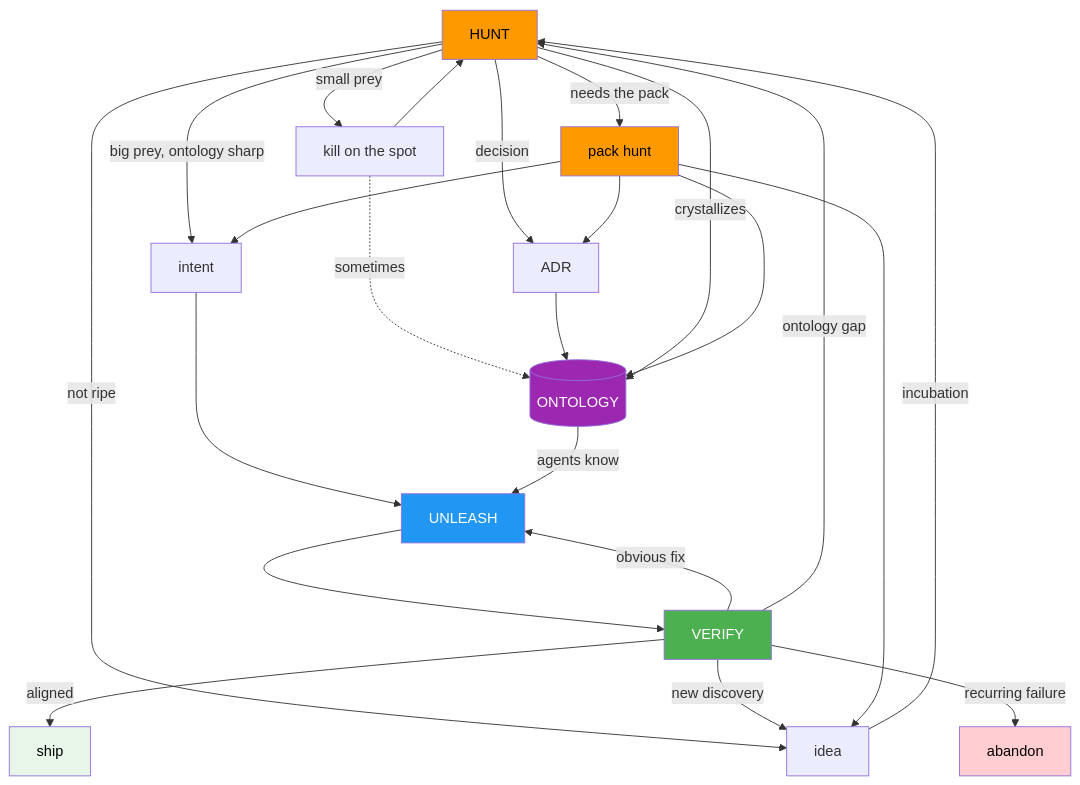
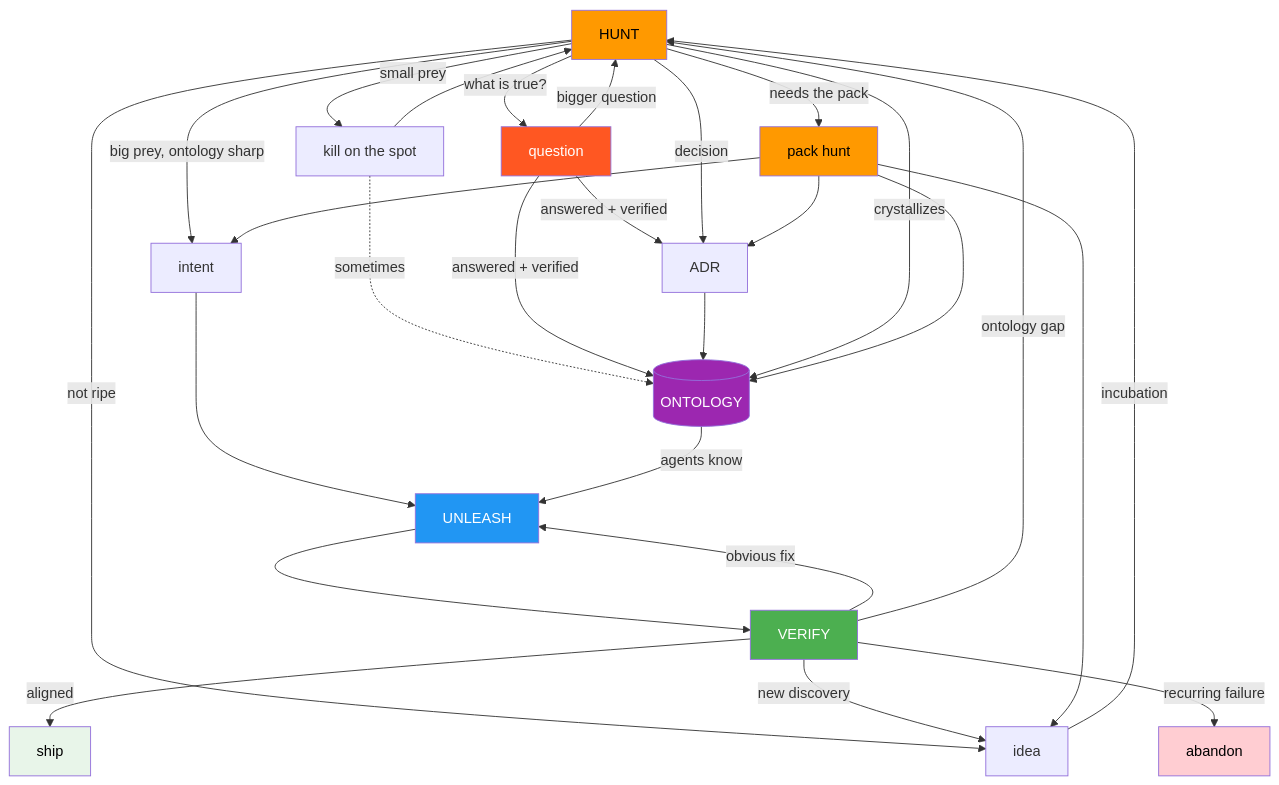
One commit to living-governance/governed changed the diagram in METHODOLOGY.md. Above: the diagram before and after it, drawn with Mermaid. The commit also changed other lines of this file and 6 other files, not shown here.

````diff
--- a/METHODOLOGY.md
+++ b/METHODOLOGY.md
@@ -164,41 +165,47 @@
 ```mermaid
 flowchart TD
     HUNT[HUNT]
 
     HUNT -->|small prey| KILL[kill on the spot]
     KILL --> HUNT
     KILL -.->|sometimes| ONTOLOGY[(ONTOLOGY)]
 
     HUNT -->|not ripe| IDEA[idea]
     IDEA -->|incubation| HUNT
+
+    HUNT -->|what is true?| QUESTION[question]
+    QUESTION -->|answered + verified| ONTOLOGY
+    QUESTION -->|answered + verified| ADR
+    QUESTION -->|bigger question| HUNT
 
     HUNT -->|decision| ADR[ADR]
     ADR --> ONTOLOGY
 
     HUNT -->|crystallizes| ONTOLOGY
 
     HUNT -->|big prey, ontology sharp| INTENT[intent]
     INTENT --> UNLEASH[UNLEASH]
     ONTOLOGY -->|agents know| UNLEASH
     UNLEASH --> VERIFY[VERIFY]
 
     VERIFY -->|aligned| SHIP[ship]
     VERIFY -->|obvious fix| UNLEASH
     VERIFY -->|ontology gap| HUNT
     VERIFY -->|new discovery| IDEA
     VERIFY -->|recurring failure| ABANDON[abandon]
 
     HUNT -->|needs the pack| PACK[pack hunt]
     PACK --> ONTOLOGY
     PACK --> ADR
     PACK --> IDEA
     PACK --> INTENT
 
     style HUNT fill:#ff9900,color:#000
     style PACK fill:#ff9900,color:#000
     style UNLEASH fill:#2196F3,color:#fff
     style VERIFY fill:#4CAF50,color:#fff
     style ONTOLOGY fill:#9C27B0,color:#fff
+    style QUESTION fill:#FF5722,color:#fff
     style SHIP fill:#E8F5E9,color:#000
     style ABANDON fill:#ffcdd2,color:#000
 ```
````
